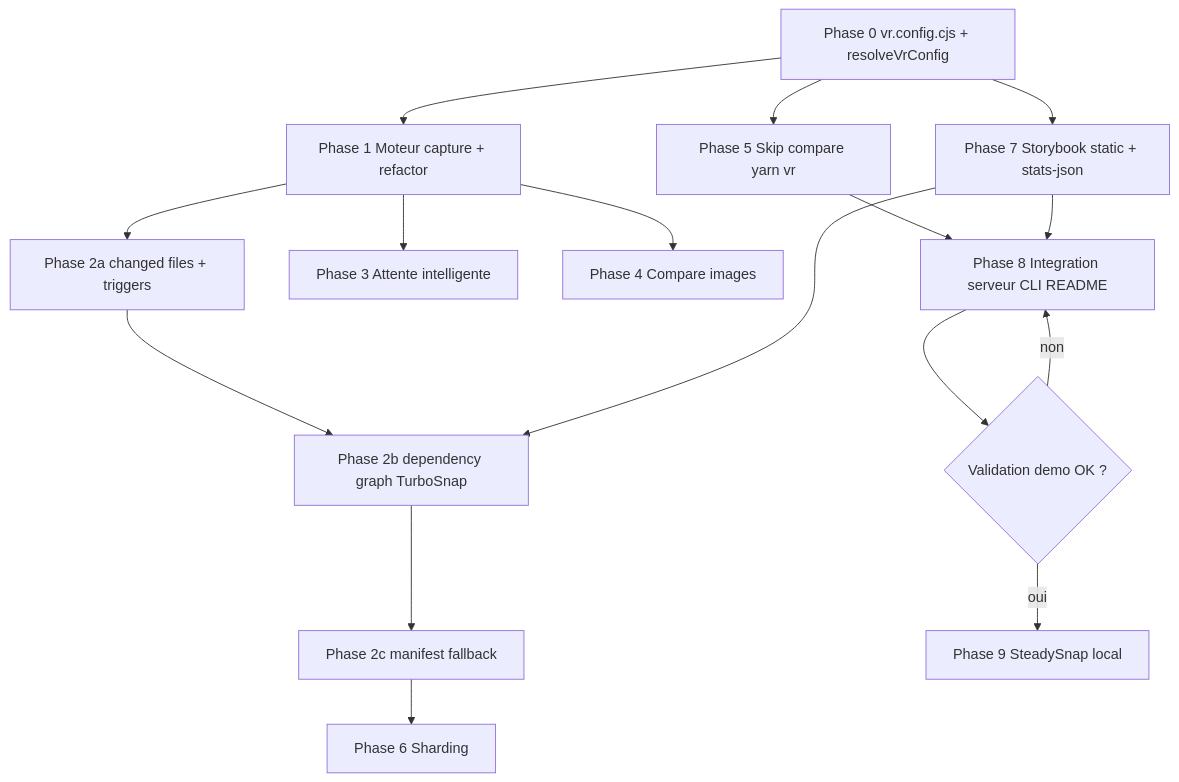
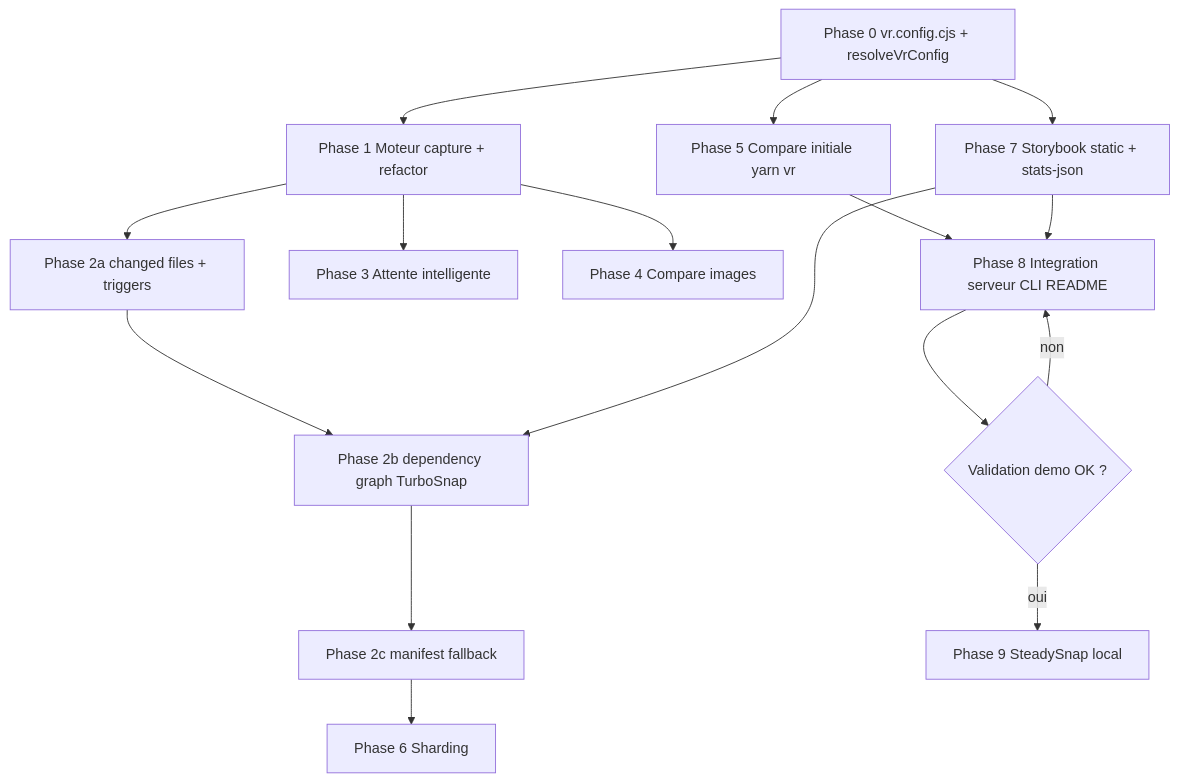
Before and after one commit to sashalarrieu/visual-regression: the fifth of 5 diagrams in .cursor/plans/optimisation_vr_performance_57908e5a.plan.md, drawn with Mermaid. The commit also changed other lines of this file and 10 other files, not shown here.

````diff
--- a/.cursor/plans/optimisation_vr_performance_57908e5a.plan.md
+++ b/.cursor/plans/optimisation_vr_performance_57908e5a.plan.md
@@ -735,32 +739,32 @@
 ```mermaid
 flowchart TD
   P0[Phase 0 vr.config.cjs + resolveVrConfig]
   P1[Phase 1 Moteur capture + refactor]
   P2a[Phase 2a changed files + triggers]
   P2b[Phase 2b dependency graph TurboSnap]
   P2c[Phase 2c manifest fallback]
   P3[Phase 3 Attente intelligente]
   P4[Phase 4 Compare images]
-  P5[Phase 5 Skip compare yarn vr]
+  P5[Phase 5 Compare initiale yarn vr]
   P6[Phase 6 Sharding]
   P7[Phase 7 Storybook static + stats-json]
   P8[Phase 8 Integration serveur CLI README]
   gate{Validation demo OK ?}
   P9[Phase 9 SteadySnap local]
 
   P0 --> P1
   P0 --> P5
   P0 --> P7
   P1 --> P2a
   P2a --> P2b
   P2b --> P2c
   P2c --> P6
   P1 --> P3
   P1 --> P4
   P7 --> P2b
   P5 --> P8
   P7 --> P8
   P8 --> gate
   gate -->|oui| P9
   gate -->|non| P8
 ```
````
